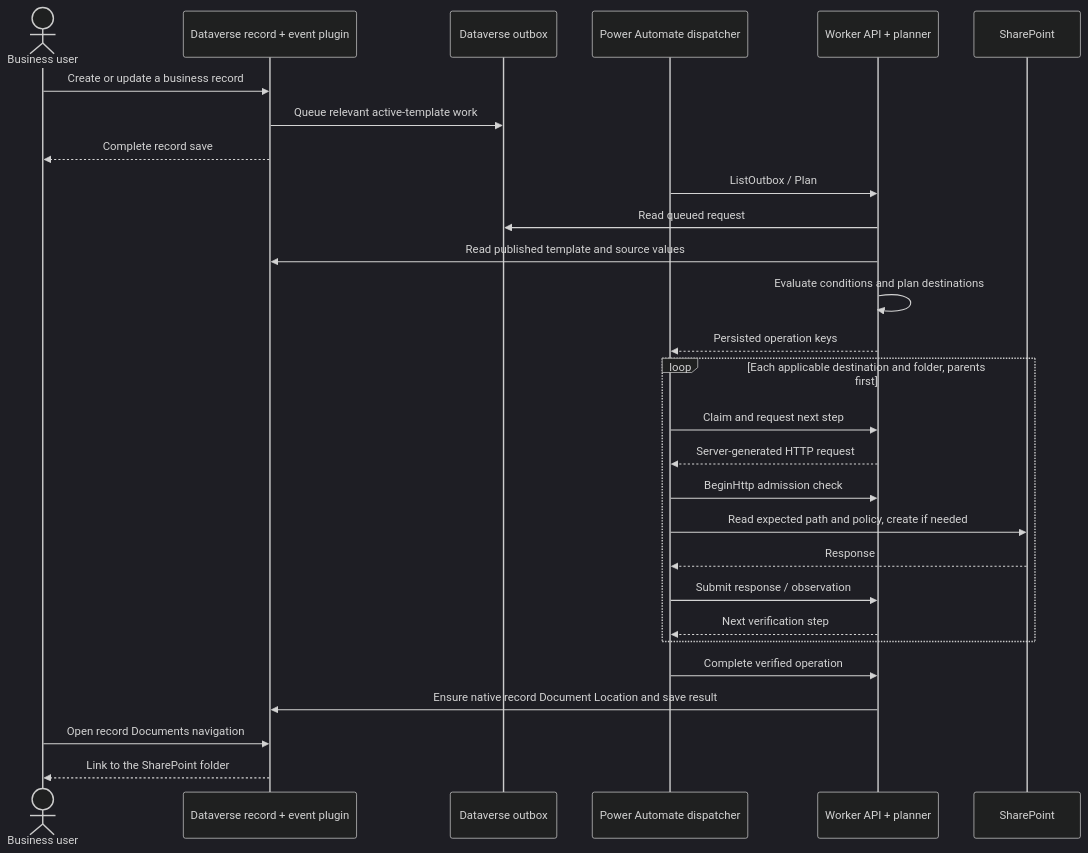
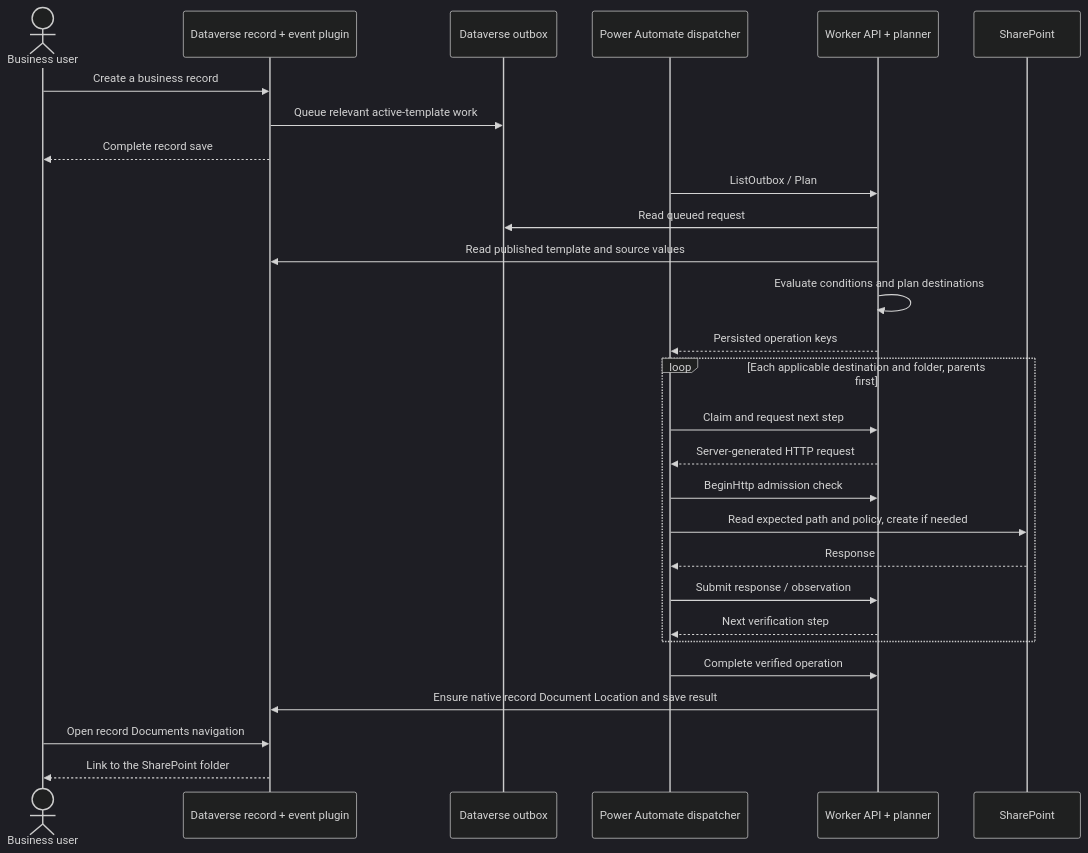
One commit to ascentix-software/Ascentix-Documents changed the second of 6 diagrams in docs/architecture-guide.md. Above: the diagram before and after it, drawn with Mermaid (dark theme). The commit also changed other lines of this file and 1 other file, not shown here.

Commit message:
Drop the record-update and record-sweep wording from the architecture and lifecycle docs

````diff
--- a/docs/architecture-guide.md
+++ b/docs/architecture-guide.md
@@ -62,30 +62,30 @@
 ```mermaid
 sequenceDiagram
     actor User as Business user
     participant DV as Dataverse record + event plugin
     participant Queue as Dataverse outbox
     participant Flow as Power Automate dispatcher
     participant API as Worker API + planner
     participant SP as SharePoint
-    User->>DV: Create or update a business record
+    User->>DV: Create a business record
     DV->>Queue: Queue relevant active-template work
     DV-->>User: Complete record save
     Flow->>API: ListOutbox / Plan
     API->>Queue: Read queued request
     API->>DV: Read published template and source values
     API->>API: Evaluate conditions and plan destinations
     API-->>Flow: Persisted operation keys
     loop Each applicable destination and folder, parents first
         Flow->>API: Claim and request next step
         API-->>Flow: Server-generated HTTP request
         Flow->>API: BeginHttp admission check
         Flow->>SP: Read expected path and policy, create if needed
         SP-->>Flow: Response
         Flow->>API: Submit response / observation
         API-->>Flow: Next verification step
     end
     Flow->>API: Complete verified operation
     API->>DV: Ensure native record Document Location and save result
     User->>DV: Open record Documents navigation
     DV-->>User: Link to the SharePoint folder
 ```
````
